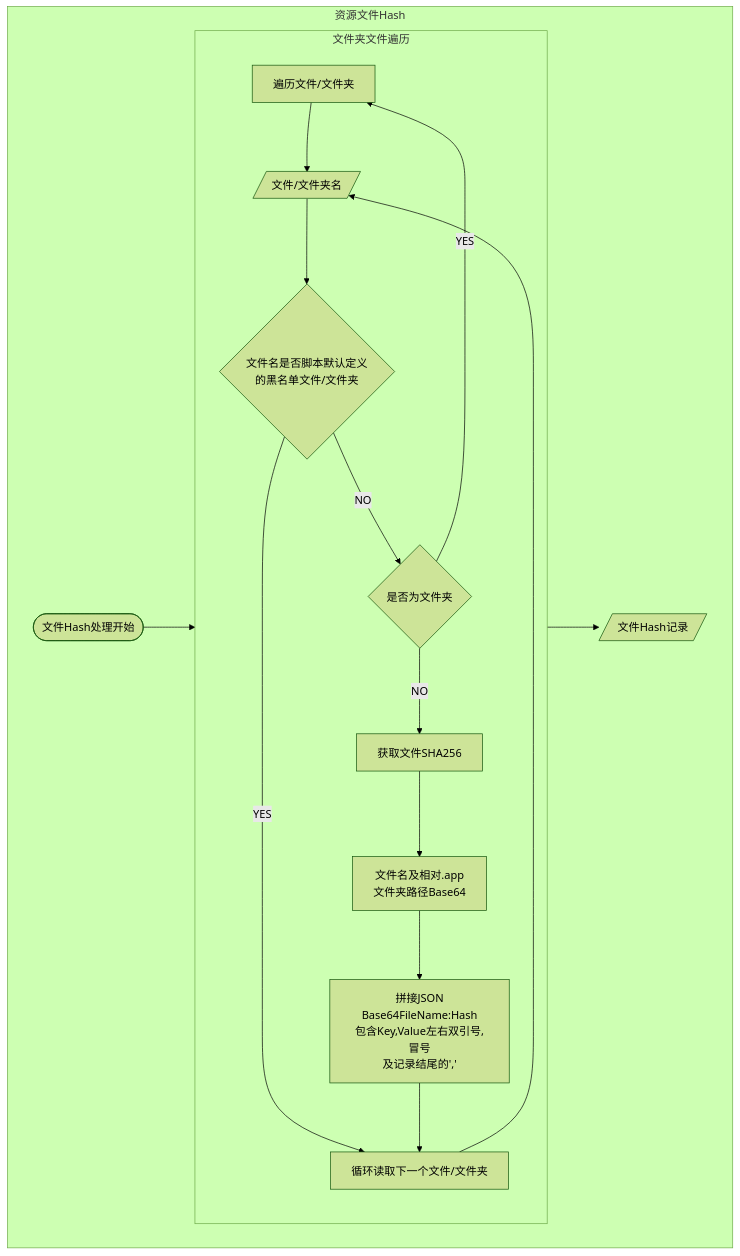
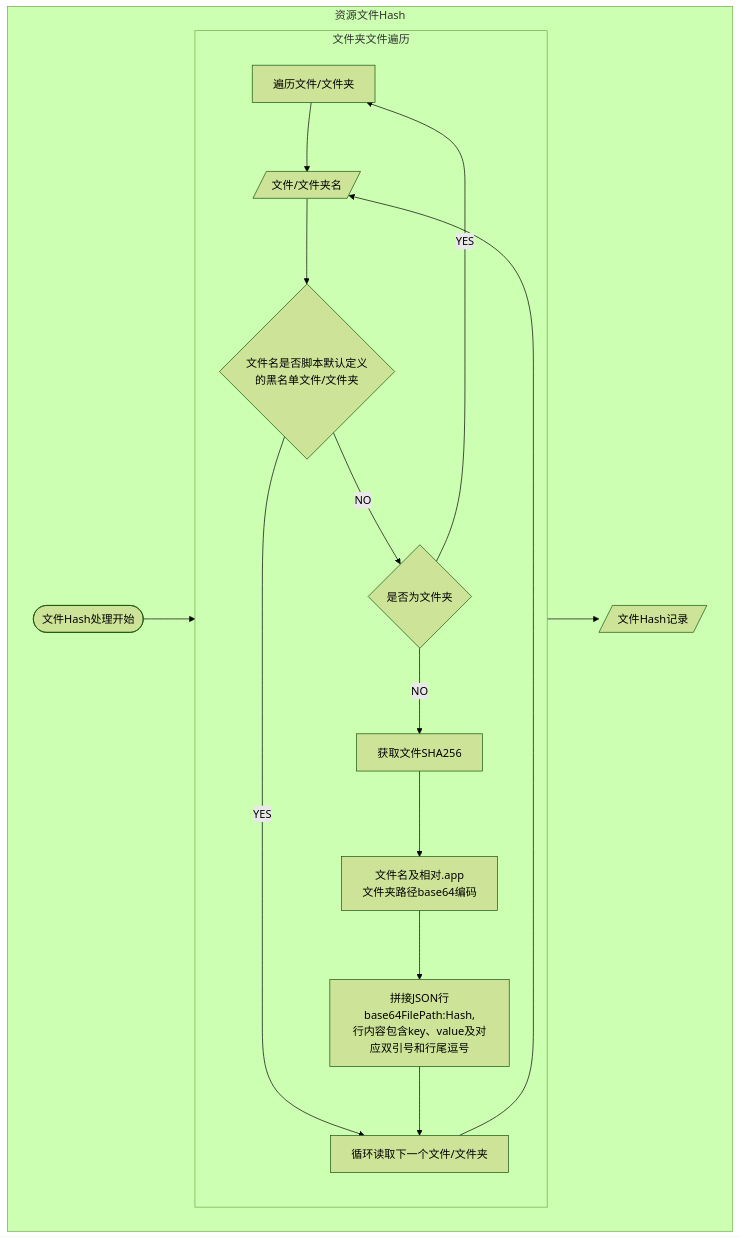
The fourth of 5 diagrams in JGSourceBase/JGSIntegrityCheck/README.md (Dengni8023/JGSourceBase), drawn with Mermaid (forest theme) before and after one commit. The commit also changed other lines of this file and 16 other files, not shown here.

````diff
--- a/JGSourceBase/JGSIntegrityCheck/README.md
+++ b/JGSourceBase/JGSIntegrityCheck/README.md
@@ -362,15 +212,15 @@
 ```mermaid
 flowchart TB
 	subgraph RecordFilesHash[资源文件Hash]
 
 	subgraph RecordFileInDir[文件夹文件遍历]
 		forEachFileInDir[遍历文件/文件夹] --> eachItemInDir[/文件/文件夹名/] --> isBlackFile{文件名是否脚本默认定义<br/>的黑名单文件/文件夹} --YES--> forEachNextFileInDir[循环读取下一个文件/文件夹] --> eachItemInDir
 		isBlackFile --NO--> fileIsDirectory{是否为文件夹} --YES--> forEachFileInDir
-		fileIsDirectory --NO--> getFileSHA256[获取文件SHA256] --> getFilePathBase64[文件名及相对.app<br/>文件夹路径Base64] --> returnFileHashLine[拼接JSON<br/>Base64FileName:Hash<br/>包含Key,Value左右双引号,冒号<br/>及记录结尾的','] --> forEachNextFileInDir
+		fileIsDirectory --NO--> getFileSHA256[获取文件SHA256] --> getFullFilePath[文件名及相对.app<br/>文件夹路径base64编码] --> returnFileHashLine[拼接JSON行<br/>base64FilePath:Hash,<br/>行内容包含key、value及对应双引号和行尾逗号] --> forEachNextFileInDir
 	end
 	
 	start([文件Hash处理开始]) --> RecordFileInDir --> stop[/文件Hash记录/]
 	
 	end
 	
 ```
````
